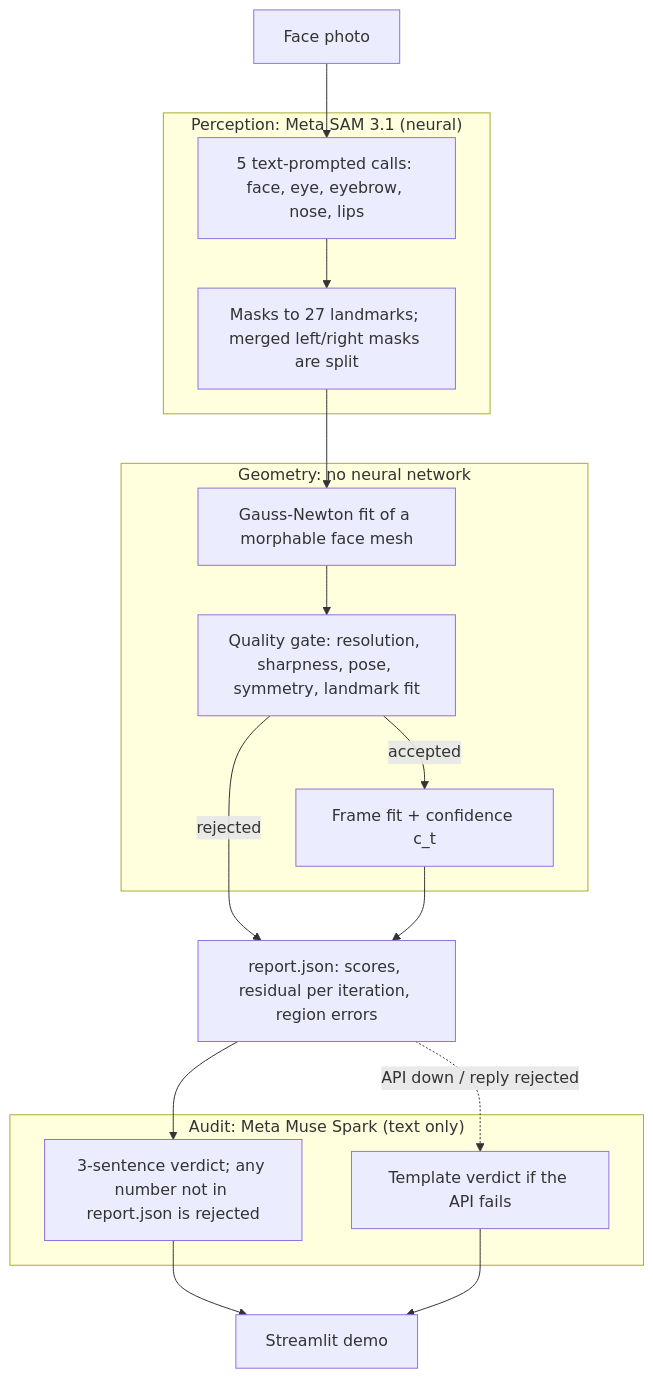
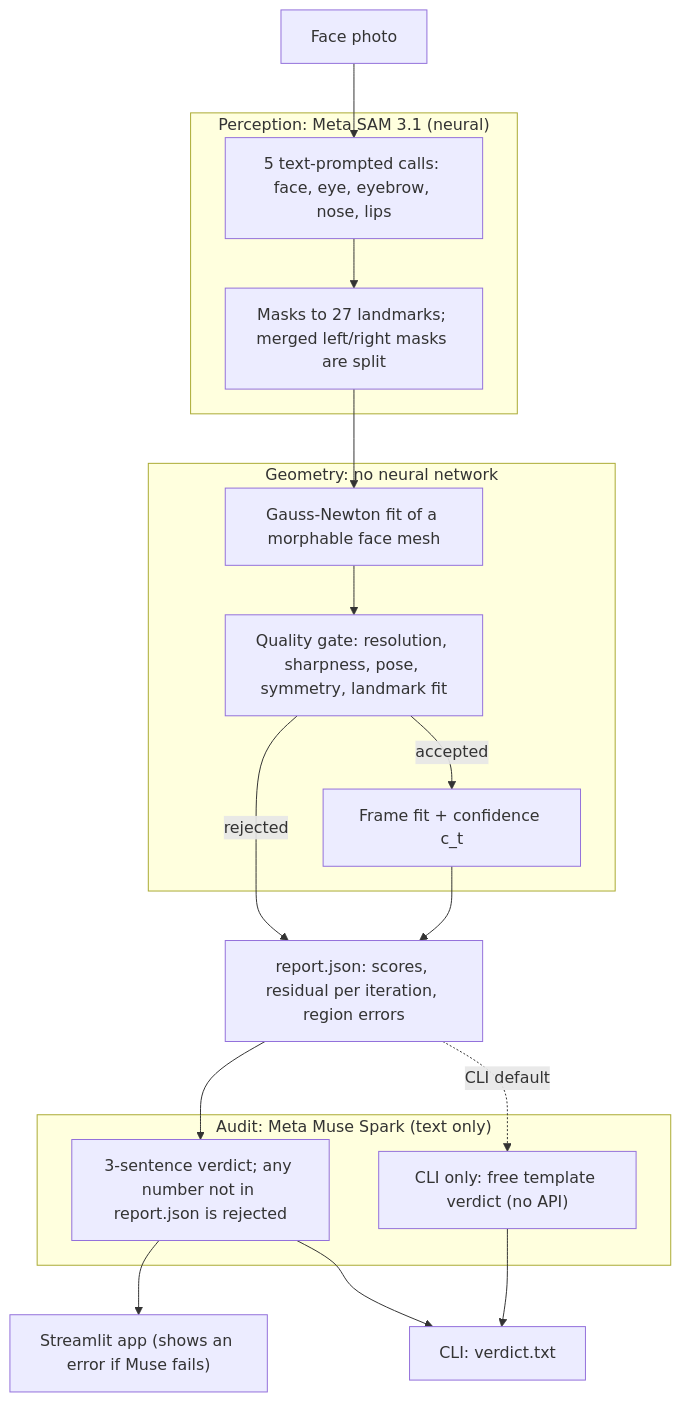
Before and after one commit to garlapatiraviteja/GUASS-LENS: the diagram in README.md, drawn with Mermaid. The commit also changed other lines of this file, not shown here.

````diff
--- a/README.md
+++ b/README.md
@@ -126,27 +127,28 @@
 ```mermaid
 flowchart TD
   IMG["Face photo"] --> SAM
   subgraph P["Perception: Meta SAM 3.1 (neural)"]
     SAM["5 text-prompted calls: face, eye, eyebrow, nose, lips"]
     L["Masks to 27 landmarks; merged left/right masks are split"]
     SAM --> L
   end
   L --> GN
   subgraph G["Geometry: no neural network"]
     GN["Gauss-Newton fit of a morphable face mesh"]
     GATE["Quality gate: resolution, sharpness, pose, symmetry, landmark fit"]
     TRK["Frame fit + confidence c_t"]
     GN --> GATE
     GATE -- accepted --> TRK
   end
   GATE -- rejected --> REP
   TRK --> REP["report.json: scores, residual per iteration, region errors"]
   subgraph A["Audit: Meta Muse Spark (text only)"]
     M["3-sentence verdict; any number not in report.json is rejected"]
-    T["Template verdict if the API fails"]
+    T["CLI only: free template verdict (no API)"]
   end
   REP --> M
-  REP -. "API down / reply rejected" .-> T
-  M --> UI["Streamlit demo"]
-  T --> UI
+  REP -. "CLI default" .-> T
+  M --> UI["Streamlit app (shows an error if Muse fails)"]
+  M --> CLI["CLI: verdict.txt"]
+  T --> CLI
 ```
````
